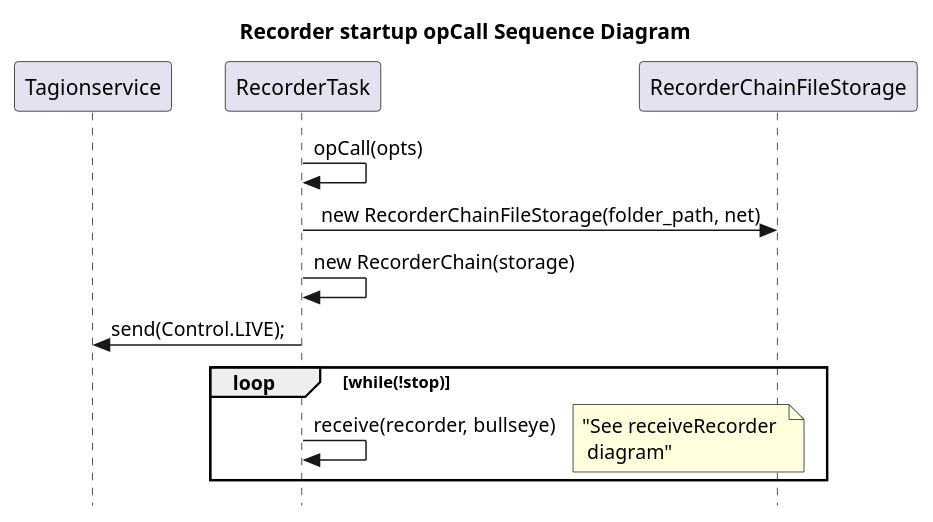
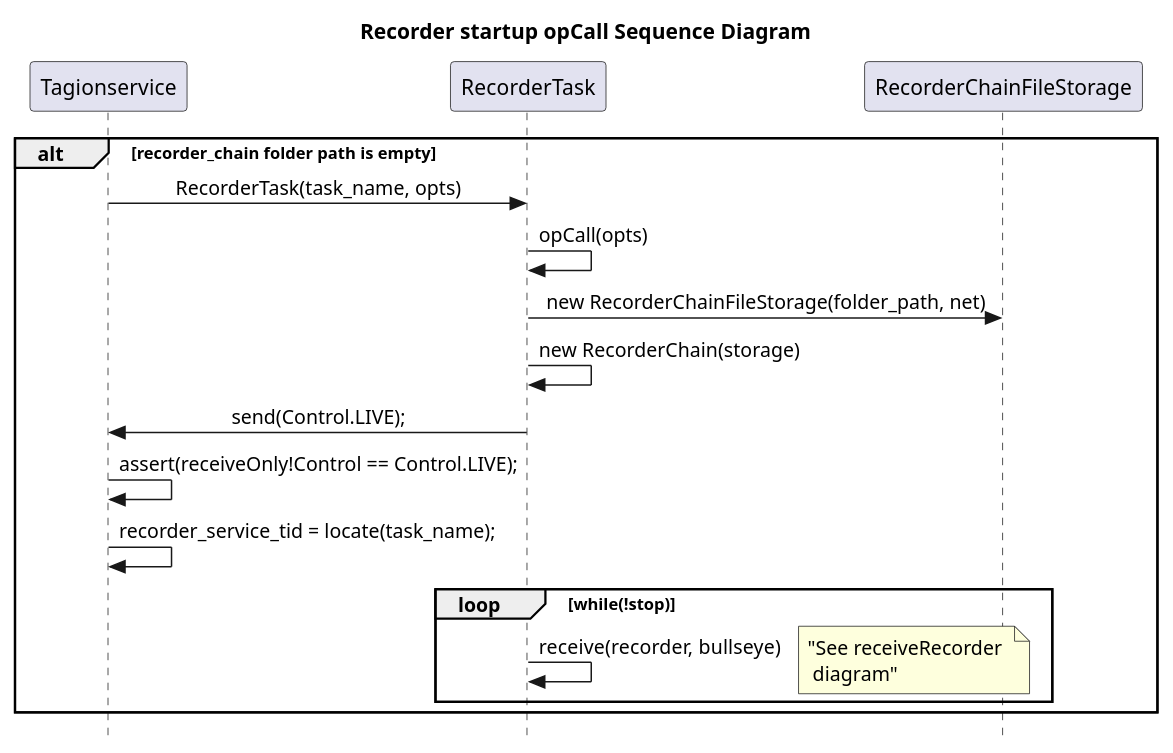
One commit to tagion/tagion changed the diagram in src/lib-services/uml/Recorder/RecorderStartup.wsd. Above: the diagram before and after it, drawn with PlantUML.

Commit message:
add tagionservice recorder startup to diagram

```diff
--- a/src/lib-services/uml/Recorder/RecorderStartup.wsd
+++ b/src/lib-services/uml/Recorder/RecorderStartup.wsd
@@ -1,23 +1,30 @@
 @startuml
 
 skinparam Style strictuml
 skinparam SequenceMessageAlign center
 hide empty description
 title Recorder startup opCall Sequence Diagram
 
 participant Tagionservice as task
 participant RecorderTask as recordertask
 participant RecorderChainFileStorage as storage
 
+alt recorder_chain folder path is empty 
+    task -> recordertask : RecorderTask(task_name, opts)
+
 recordertask -> recordertask : opCall(opts)
 recordertask -> storage : new RecorderChainFileStorage(folder_path, net)
 recordertask -> recordertask : new RecorderChain(storage)
 recordertask -> task : send(Control.LIVE);
+task -> task : assert(receiveOnly!Control == Control.LIVE);
+task -> task : recorder_service_tid = locate(task_name);
 
 loop while(!stop)
     recordertask -> recordertask : receive(recorder, bullseye)
     note right : "See receiveRecorder \n diagram" 
 end
 
+end
+
 
 @enduml
```
